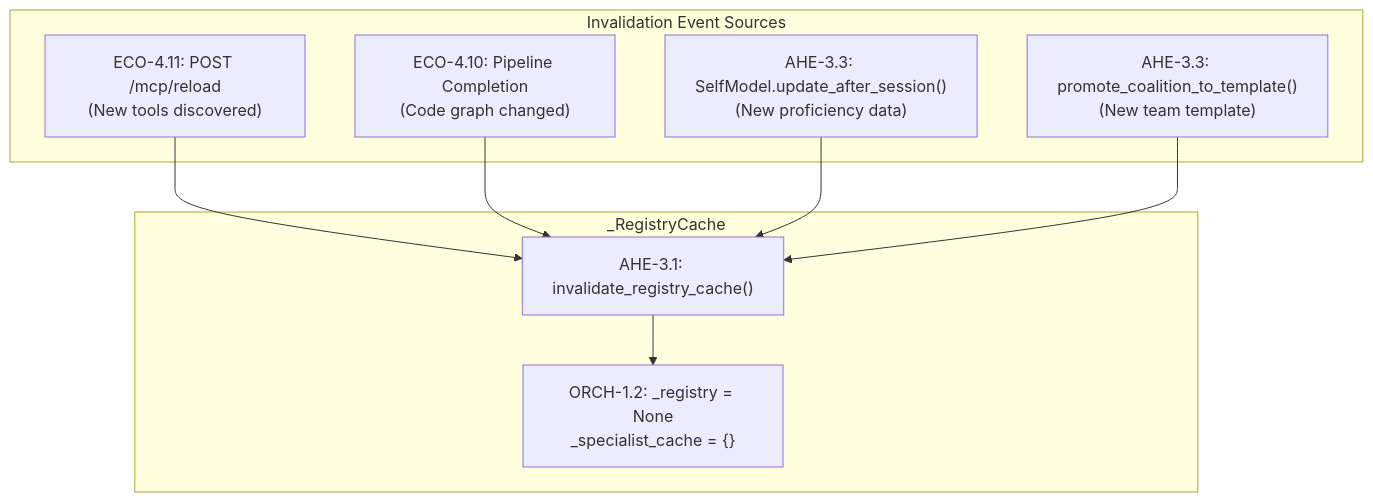
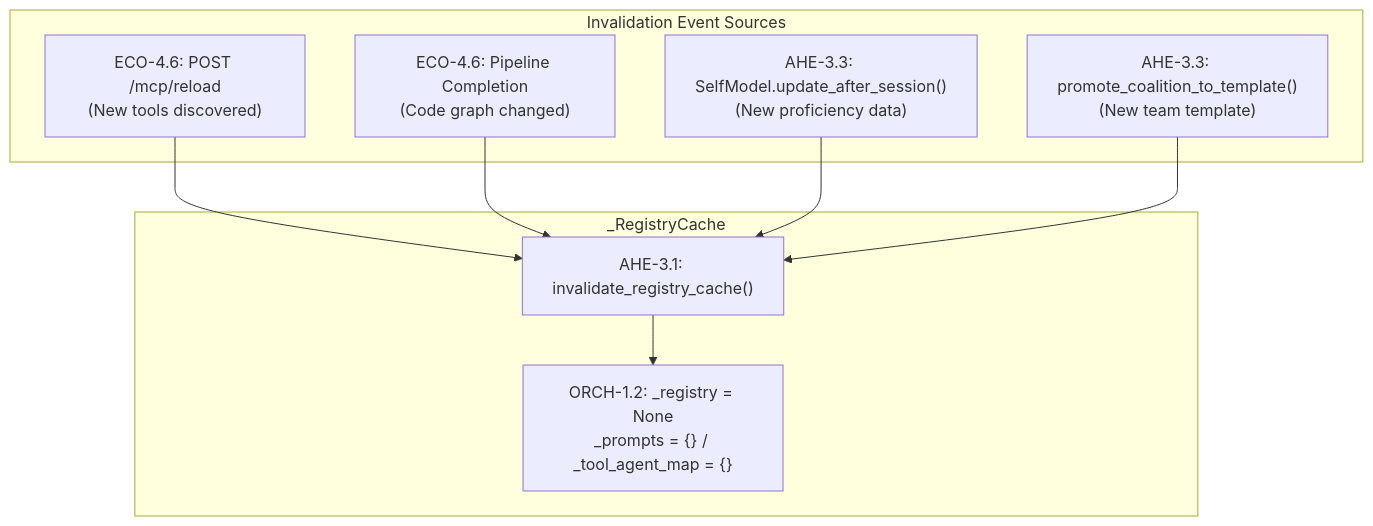
Before and after one commit to Knuckles-Team/agent-utilities: the diagram in docs/guides/registry-cache.md, drawn with Mermaid. The commit also changed other lines of this file and 556 other files, not shown here.

````diff
--- a/docs/guides/registry-cache.md
+++ b/docs/guides/registry-cache.md
@@ -66,20 +67,20 @@
 ```mermaid
 graph TD
     subgraph Triggers ["Invalidation Event Sources"]
-        MCP["ECO-4.11: POST /mcp/reload\n(New tools discovered)"]
-        Pipeline["ECO-4.10: Pipeline Completion\n(Code graph changed)"]
+        MCP["ECO-4.6: POST /mcp/reload\n(New tools discovered)"]
+        Pipeline["ECO-4.6: Pipeline Completion\n(Code graph changed)"]
         SelfModel["AHE-3.3: SelfModel.update_after_session()\n(New proficiency data)"]
         TeamConfig["AHE-3.3: promote_coalition_to_template()\n(New team template)"]
     end
 
     subgraph Cache ["_RegistryCache"]
         Inv["AHE-3.1: invalidate_registry_cache()"]
-        Clear["ORCH-1.2: _registry = None\n_specialist_cache = {}"]
+        Clear["ORCH-1.2: _registry = None\n_prompts = {} / _tool_agent_map = {}"]
     end
 
     MCP --> Inv
     Pipeline --> Inv
     SelfModel --> Inv
     TeamConfig --> Inv
     Inv --> Clear
 ```
````
